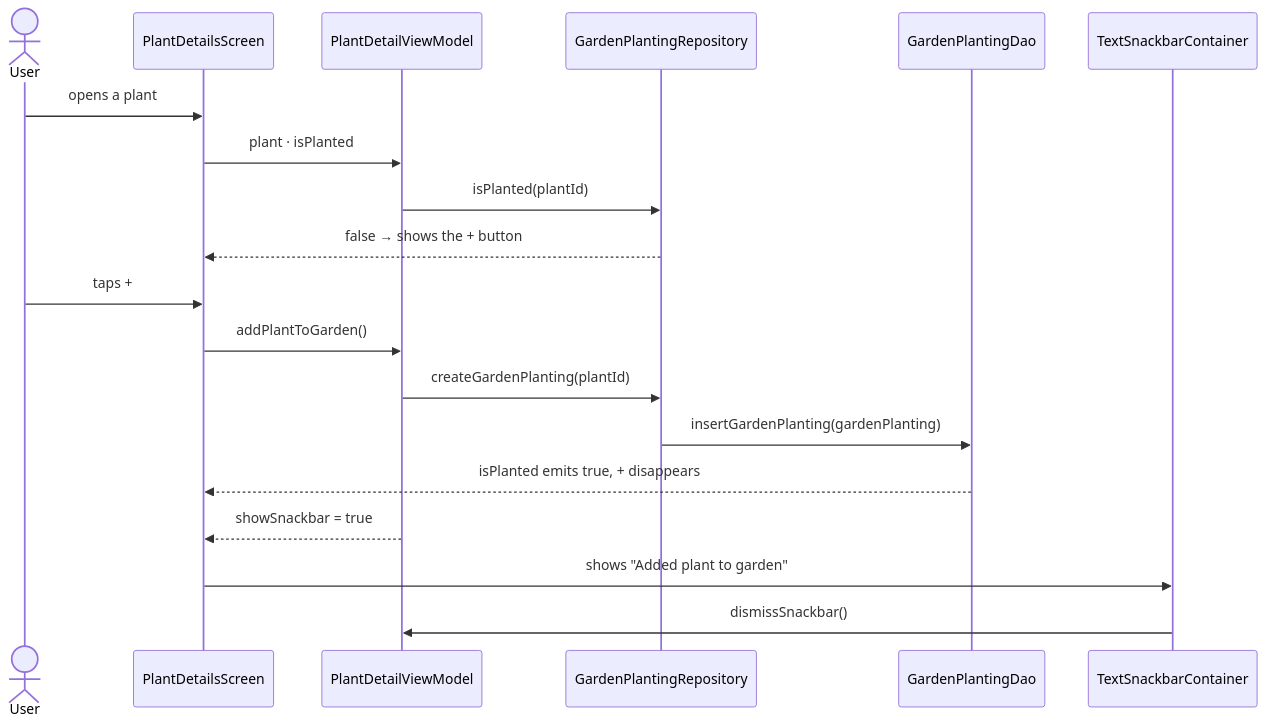
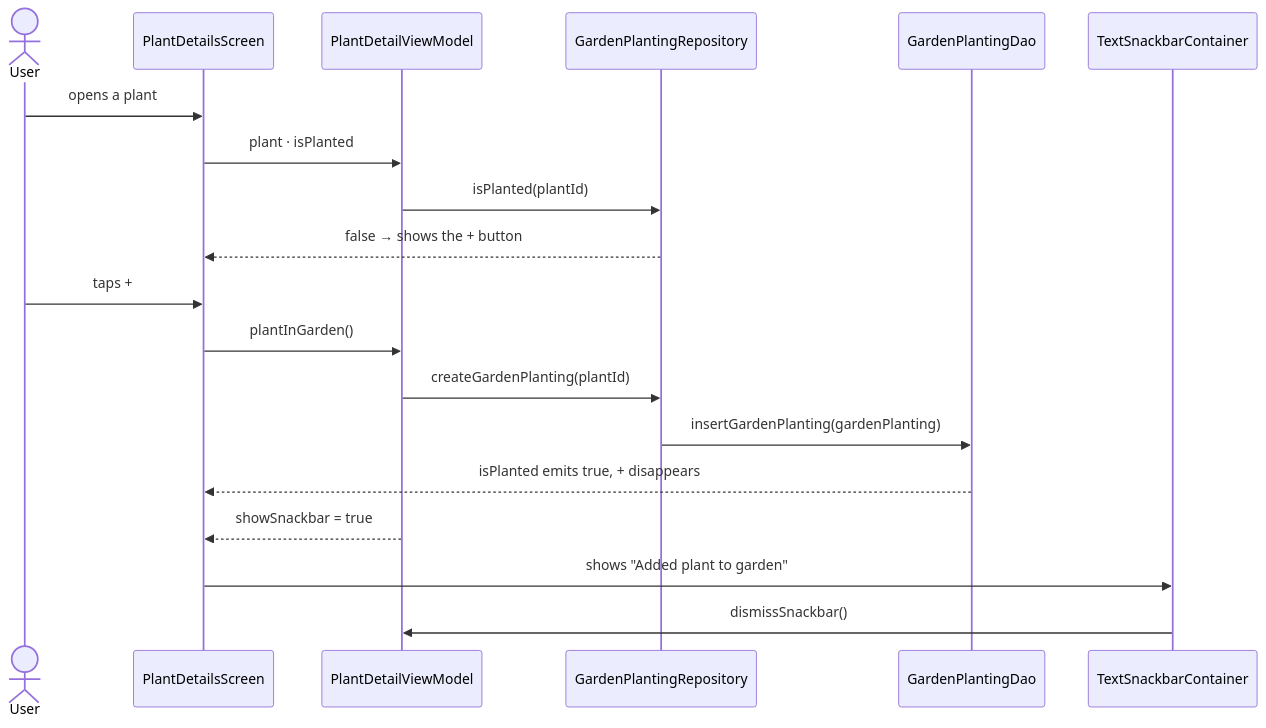
Before and after one commit to yonivav/app-map-demo: the fourth of 4 diagrams in docs/app-map/plant-detail.md, drawn with Mermaid. The commit also changed other lines of this file and 4 other files, not shown here.

````diff
--- a/docs/app-map/plant-detail.md
+++ b/docs/app-map/plant-detail.md
@@ -115,21 +115,21 @@
 ```mermaid
 sequenceDiagram
   actor User
   participant Screen as PlantDetailsScreen
   participant VM as PlantDetailViewModel
   participant GRepo as GardenPlantingRepository
   participant Dao as GardenPlantingDao
   participant Snack as TextSnackbarContainer
   User->>Screen: opens a plant
   Screen->>VM: plant · isPlanted
   VM->>GRepo: isPlanted(plantId)
   GRepo-->>Screen: false → shows the + button
   User->>Screen: taps +
-  Screen->>VM: addPlantToGarden()
+  Screen->>VM: plantInGarden()
   VM->>GRepo: createGardenPlanting(plantId)
   GRepo->>Dao: insertGardenPlanting(gardenPlanting)
   Dao-->>Screen: isPlanted emits true, + disappears
   VM-->>Screen: showSnackbar = true
   Screen->>Snack: shows "Added plant to garden"
   Snack->>VM: dismissSnackbar()
 ```
````
